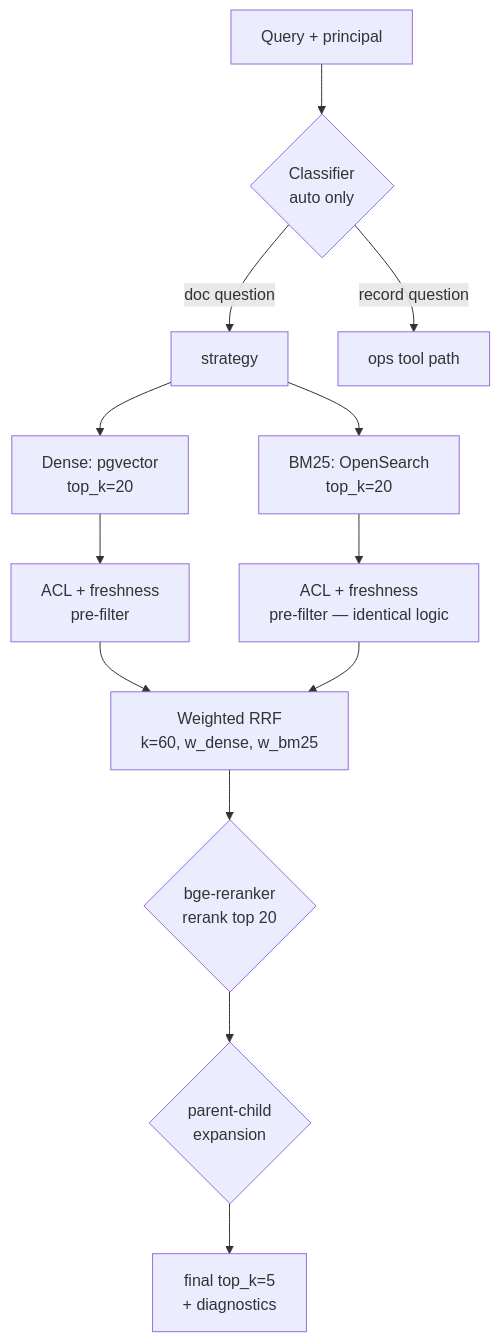
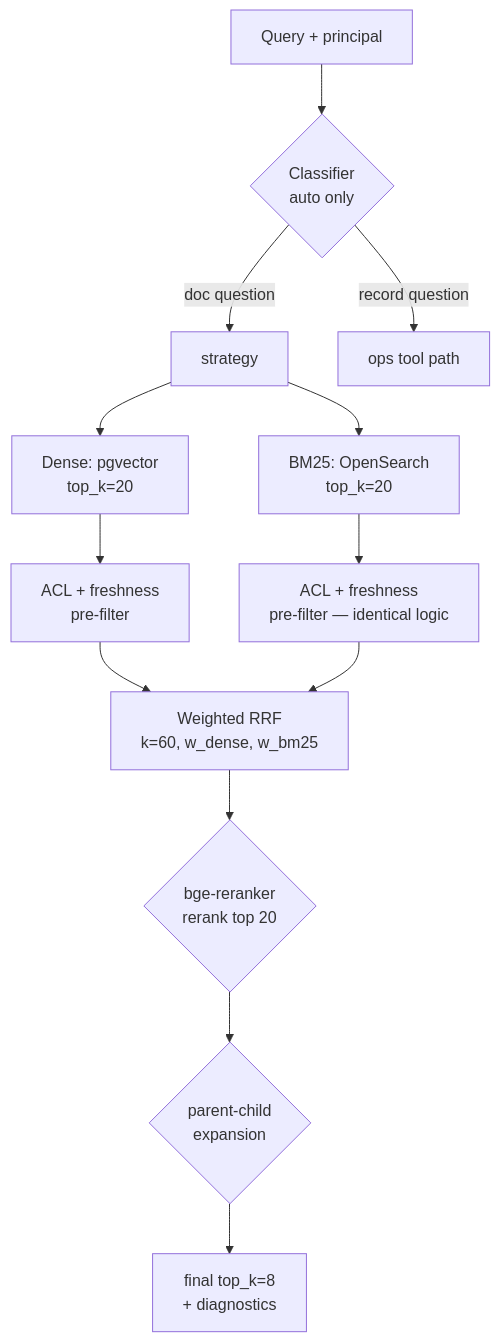
The third of 5 diagrams in docs/WORKFLOW.md (VenkateshwaraD/agentic_rag), drawn with Mermaid before and after one commit. The commit also changed other lines of this file and 36 other files, not shown here.

````diff
--- a/docs/WORKFLOW.md
+++ b/docs/WORKFLOW.md
@@ -85,15 +85,15 @@
 ```mermaid
 flowchart TD
     Q[Query + principal] --> CL{Classifier<br/>auto only}
     CL -->|doc question| S[strategy]
     CL -->|record question| TOOL[ops tool path]
     S --> DENSE[Dense: pgvector<br/>top_k=20]
     S --> BM25[BM25: OpenSearch<br/>top_k=20]
     DENSE --> ACL1[ACL + freshness<br/>pre-filter]
     BM25 --> ACL2[ACL + freshness<br/>pre-filter — identical logic]
     ACL1 --> RRF[Weighted RRF<br/>k=60, w_dense, w_bm25]
     ACL2 --> RRF
     RRF --> RR{bge-reranker<br/>rerank top 20}
     RR --> PC{parent-child<br/>expansion}
-    PC --> TOP[final top_k=5<br/>+ diagnostics]
+    PC --> TOP[final top_k=8<br/>+ diagnostics]
 ```
````
